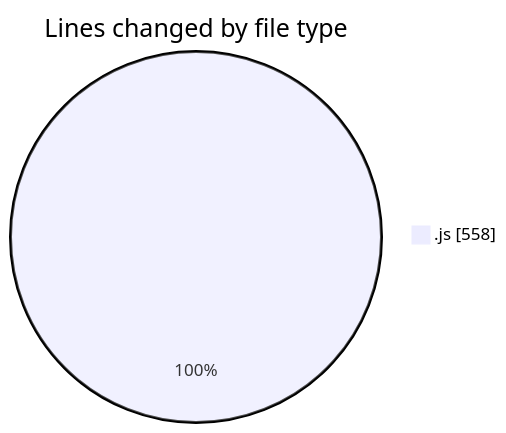
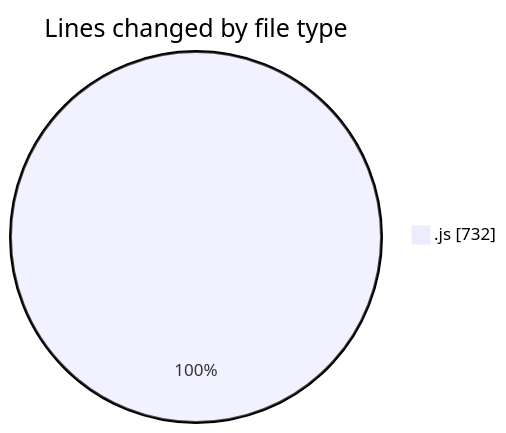
The first of 2 diagrams in 2025-11-04/nxtqube_webapp/README.md (nxtqubesakshisongat/code-tracking), drawn with Mermaid before and after one commit. The commit also changed other lines of this file and 1 other file, not shown here.

````diff
--- a/2025-11-04/nxtqube_webapp/README.md
+++ b/2025-11-04/nxtqube_webapp/README.md
@@ -22,5 +23,5 @@
 ```mermaid
 pie showData
 title Lines changed by file type
-".js" : 558
+".js" : 732
 ```
````
